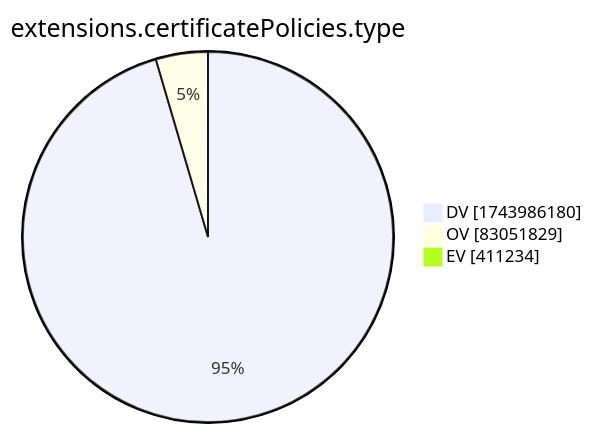
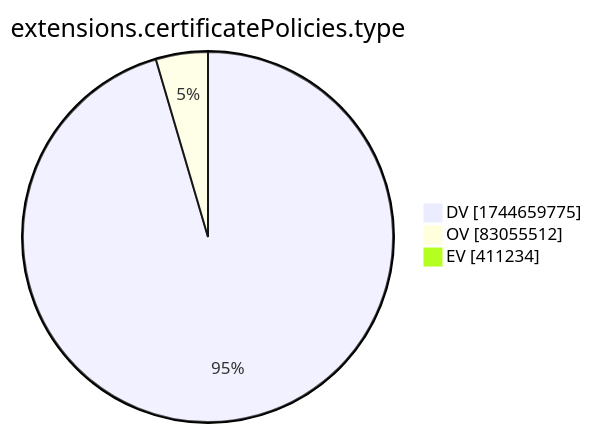
One commit to christiankrug/ctmonitor_visualization changed the tenth of 15 diagrams in xenon2022/README.md. Above: the diagram before and after it, drawn with Mermaid. The commit also changed other lines of this file, not shown here.

````diff
--- a/xenon2022/README.md
+++ b/xenon2022/README.md
@@ -2881,7 +2881,7 @@
 ```mermaid
 pie showData
 title extensions.certificatePolicies.type
-"DV" :1743986180
-"OV" :83051829
+"DV" :1744659775
+"OV" :83055512
 "EV" :411234
 ```
````
